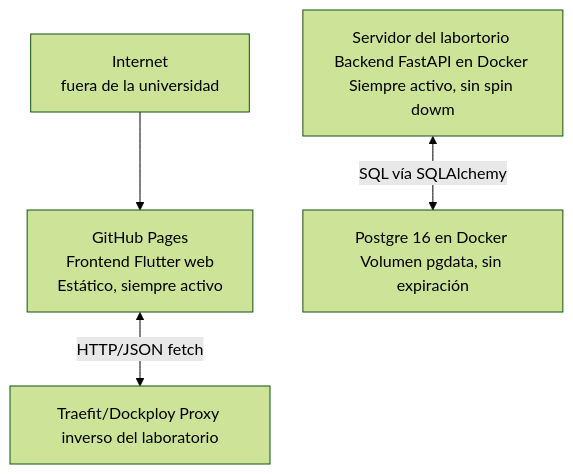
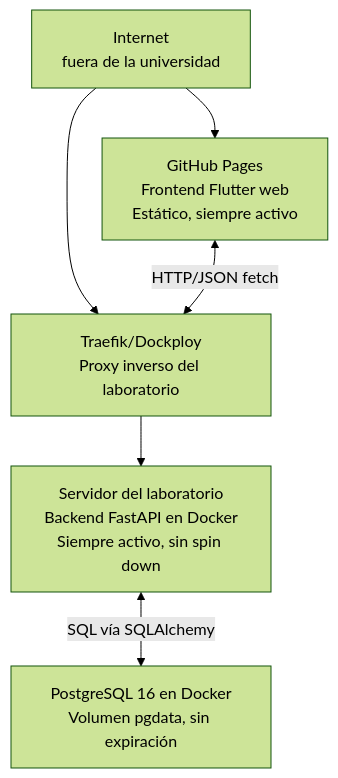
Before and after one commit to ISCOUTB/AS_202620_DinamikUTB: the diagram in docs/arc42/07-deployment-view.md, drawn with Mermaid (forest theme).

````diff
--- a/docs/arc42/07-deployment-view.md
+++ b/docs/arc42/07-deployment-view.md
@@ -19,12 +19,14 @@
 ```mermaid
 flowchart TD
     A[Internet<br>fuera de la universidad]
     B[GitHub Pages<br>Frontend Flutter web<br>Estático, siempre activo]
-    C[Traefit/Dockploy Proxy inverso del laboratorio]
-    D[Servidor del labortorio Backend FastAPI en Docker Siempre activo, sin spin dowm]
-    E[Postgre 16 en Docker Volumen pgdata, sin expiración]
- 
+    C[Traefik/Dockploy<br>Proxy inverso del laboratorio]
+    D[Servidor del laboratorio<br>Backend FastAPI en Docker<br>Siempre activo, sin spin down]
+    E[PostgreSQL 16 en Docker<br>Volumen pgdata, sin expiración]
+
     A --> B
+    A --> C
     B <-->|"HTTP/JSON fetch"| C
+    C --> D
     D <-->|"SQL vía SQLAlchemy"| E
 ```
````
